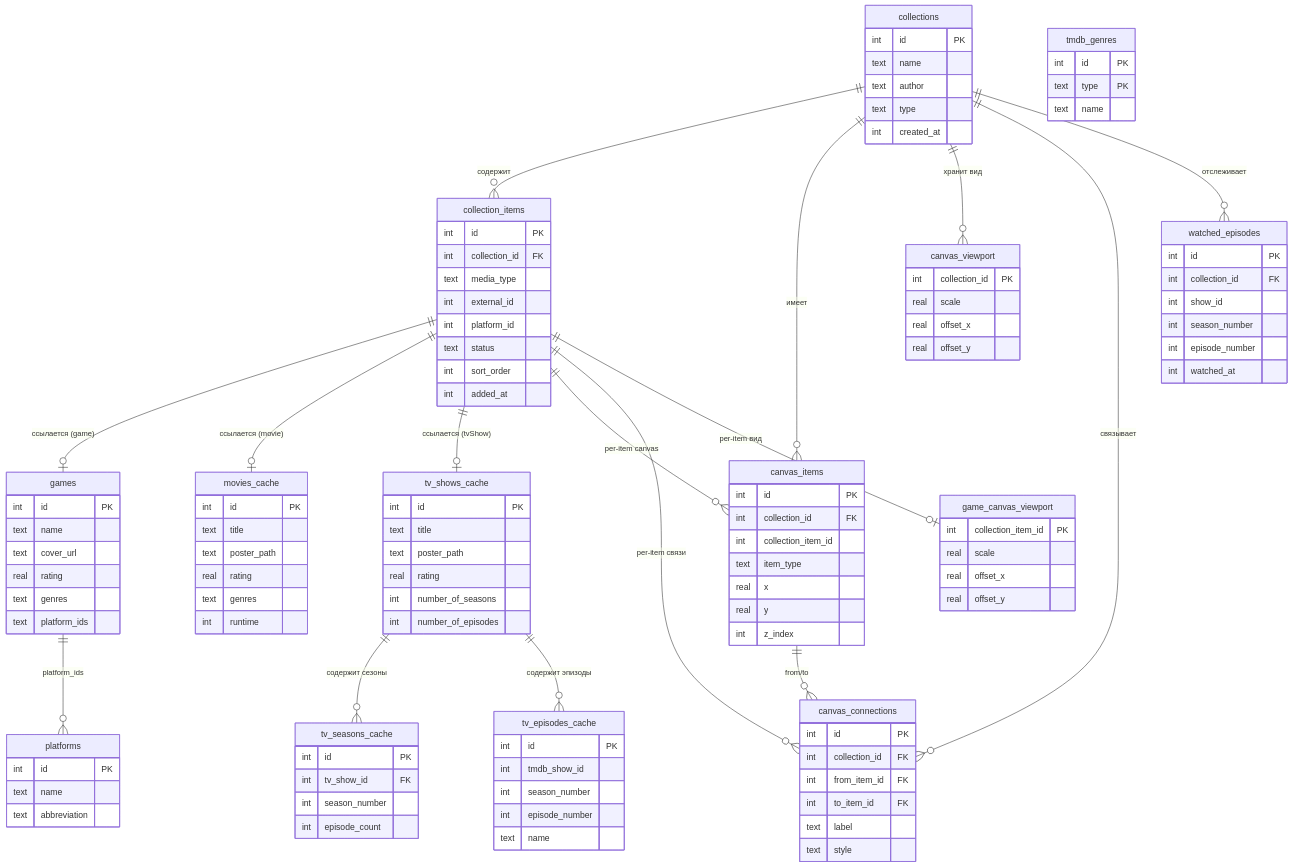
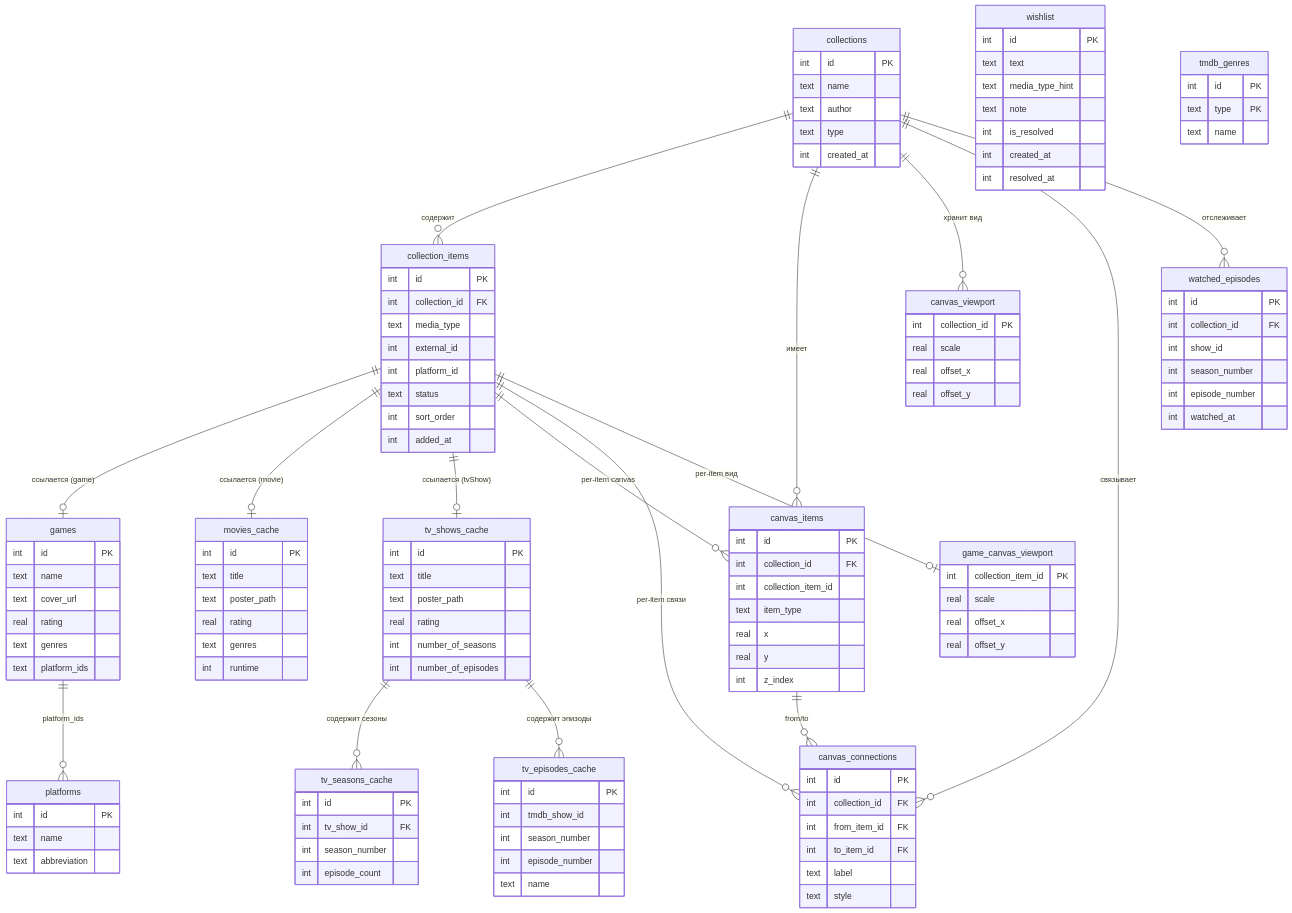
Before and after one commit to hacan359/tonkatsu_box: the second of 2 diagrams in docs/ARCHITECTURE.md, drawn with Mermaid. The commit also changed other lines of this file and 19 other files, not shown here.

```diff
--- a/docs/ARCHITECTURE.md
+++ b/docs/ARCHITECTURE.md
@@ -354,6 +367,16 @@
     tv_shows_cache ||--o{ tv_episodes_cache : "содержит эпизоды"
 
     canvas_items ||--o{ canvas_connections : "from/to"
+
+    wishlist {
+        int id PK
+        text text
+        text media_type_hint
+        text note
+        int is_resolved
+        int created_at
+        int resolved_at
+    }
 
     games ||--o{ platforms : "platform_ids"
 
```
